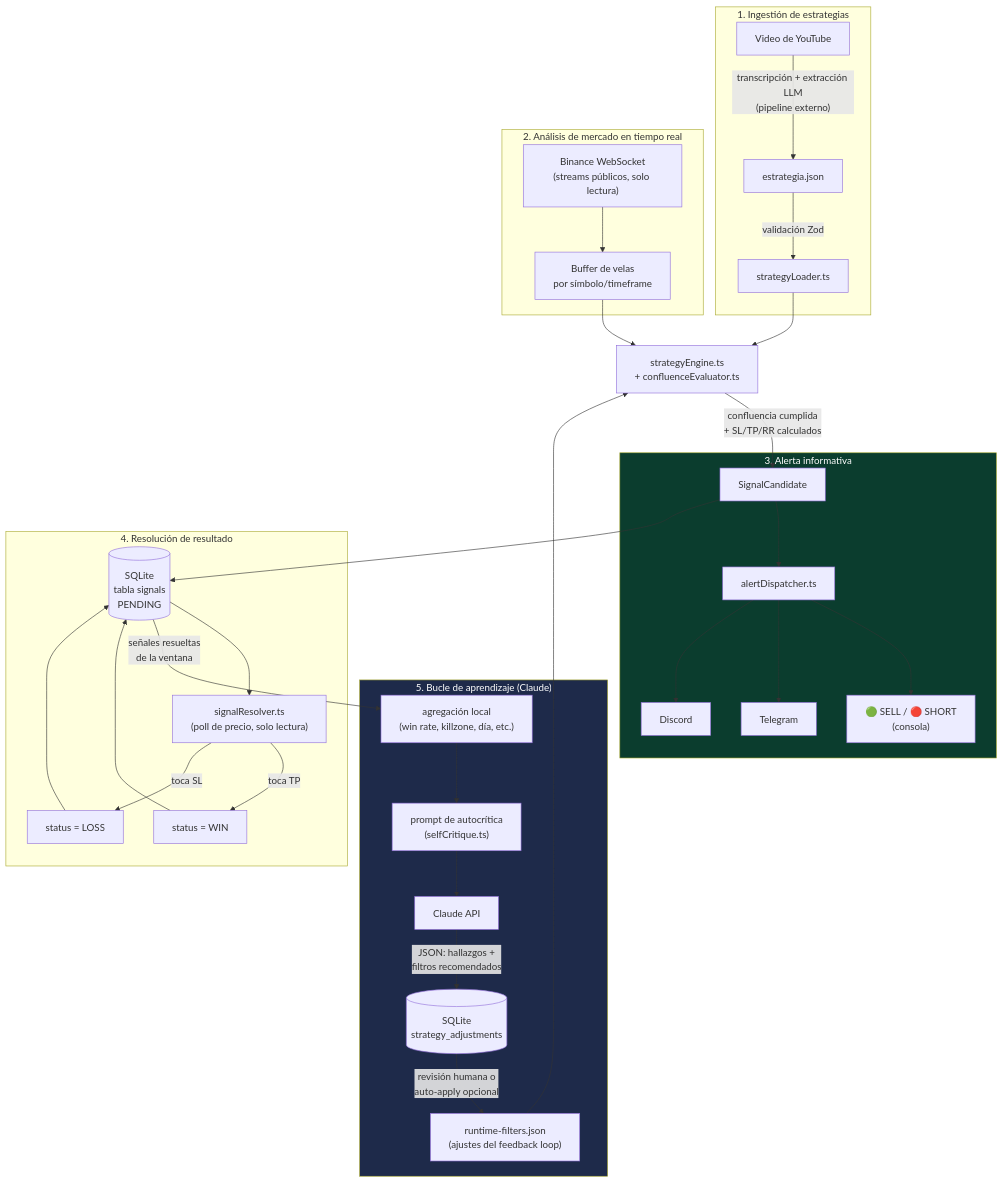
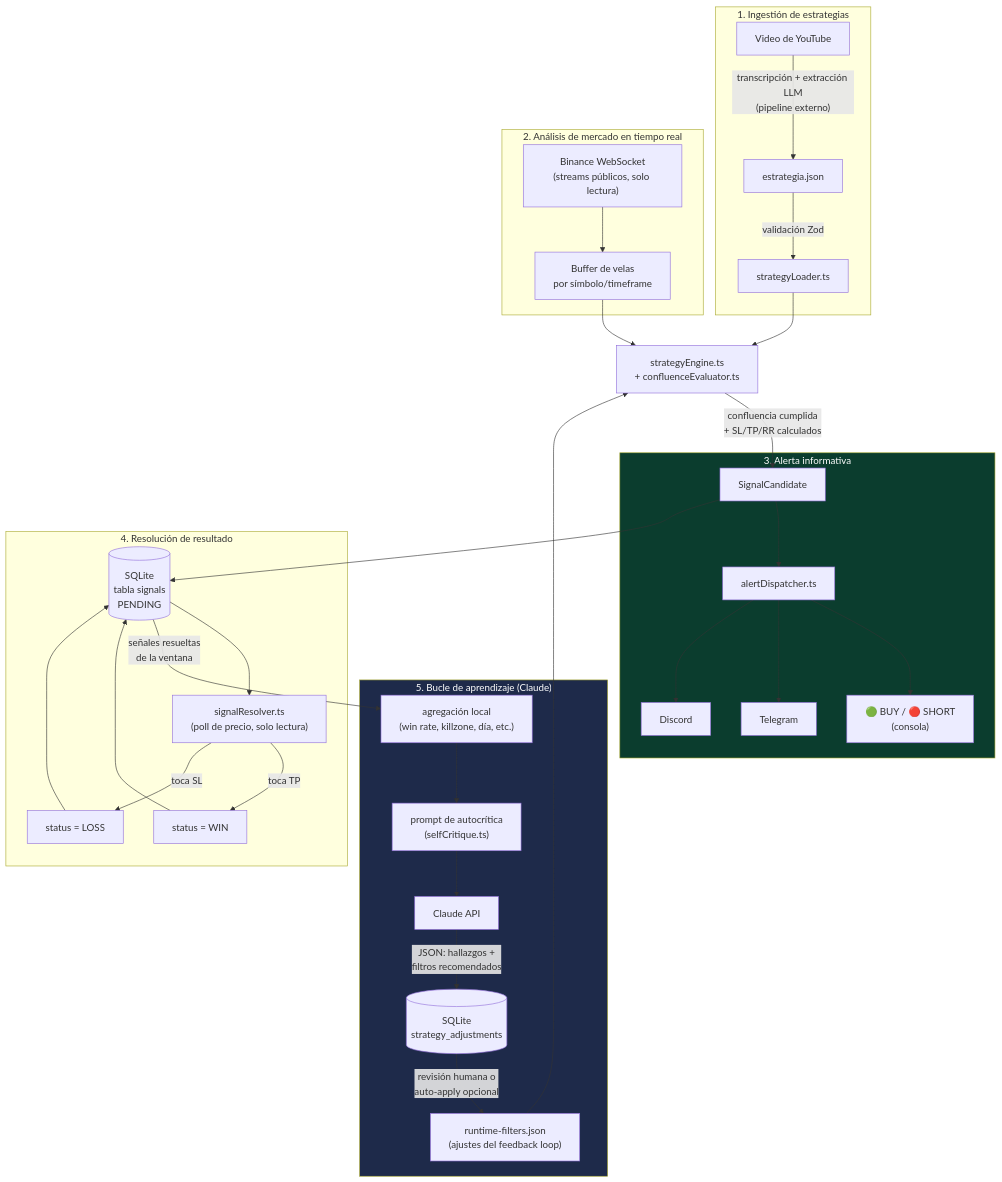
The diagram in docs/ARCHITECTURE.md (davisgamer6/DAVID), drawn with Mermaid before and after one commit. The commit also changed 2 other files, not shown here.

Commit message:
Cambia la etiqueta de largos de SELL a BUY
La especificacion original pedia una etiqueta verde con el texto "SELL"
para posiciones en largo, lo cual era contradictorio (SELL = venta). Se
corrige a "BUY" a peticion del usuario.

Claude-Session: https://claude.ai/code/session_016dq426STdehxhrNouaxsbX

````diff
--- a/docs/ARCHITECTURE.md
+++ b/docs/ARCHITECTURE.md
@@ -13,45 +13,45 @@
 ```mermaid
 flowchart TD
     subgraph Ingesta["1. Ingestión de estrategias"]
         YT["Video de YouTube"] -->|"transcripción + extracción LLM\n(pipeline externo)"| JSON["estrategia.json"]
         JSON -->|"validación Zod"| LOADER["strategyLoader.ts"]
     end
 
     subgraph Mercado["2. Análisis de mercado en tiempo real"]
         BIN["Binance WebSocket\n(streams públicos, solo lectura)"] --> CANDLES["Buffer de velas\npor símbolo/timeframe"]
     end
 
     LOADER --> ENGINE
     CANDLES --> ENGINE["strategyEngine.ts\n+ confluenceEvaluator.ts"]
     RF["runtime-filters.json\n(ajustes del feedback loop)"] --> ENGINE
 
     ENGINE -->|"confluencia cumplida\n+ SL/TP/RR calculados"| CANDIDATE["SignalCandidate"]
 
     subgraph Salida["3. Alerta informativa"]
         CANDIDATE --> DISPATCH["alertDispatcher.ts"]
-        DISPATCH --> CONSOLE["🟢 SELL / 🔴 SHORT\n(consola)"]
+        DISPATCH --> CONSOLE["🟢 BUY / 🔴 SHORT\n(consola)"]
         DISPATCH --> TG["Telegram"]
         DISPATCH --> DC["Discord"]
     end
 
     CANDIDATE --> DB[("SQLite\ntabla signals\nPENDING")]
 
     subgraph Resolucion["4. Resolución de resultado"]
         DB --> RESOLVER["signalResolver.ts\n(poll de precio, solo lectura)"]
         RESOLVER -->|"toca TP"| WIN["status = WIN"]
         RESOLVER -->|"toca SL"| LOSS["status = LOSS"]
         WIN --> DB
         LOSS --> DB
     end
 
     subgraph Aprendizaje["5. Bucle de aprendizaje (Claude)"]
         DB -->|"señales resueltas\nde la ventana"| AGG["agregación local\n(win rate, killzone, día, etc.)"]
         AGG --> PROMPT["prompt de autocrítica\n(selfCritique.ts)"]
         PROMPT --> CLAUDE["Claude API"]
         CLAUDE -->|"JSON: hallazgos +\nfiltros recomendados"| ADJ[("SQLite\nstrategy_adjustments")]
         ADJ -->|"revisión humana o\nauto-apply opcional"| RF
     end
 
     style Salida fill:#0b3d2e,color:#fff
     style Aprendizaje fill:#1e2a4a,color:#fff
 ```
````
